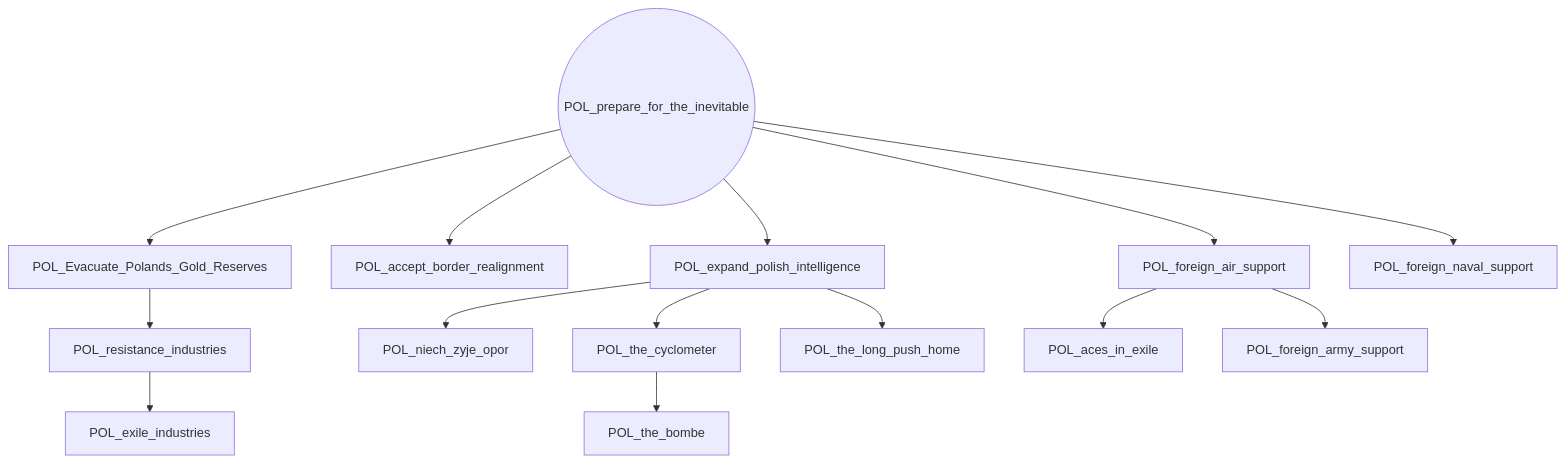
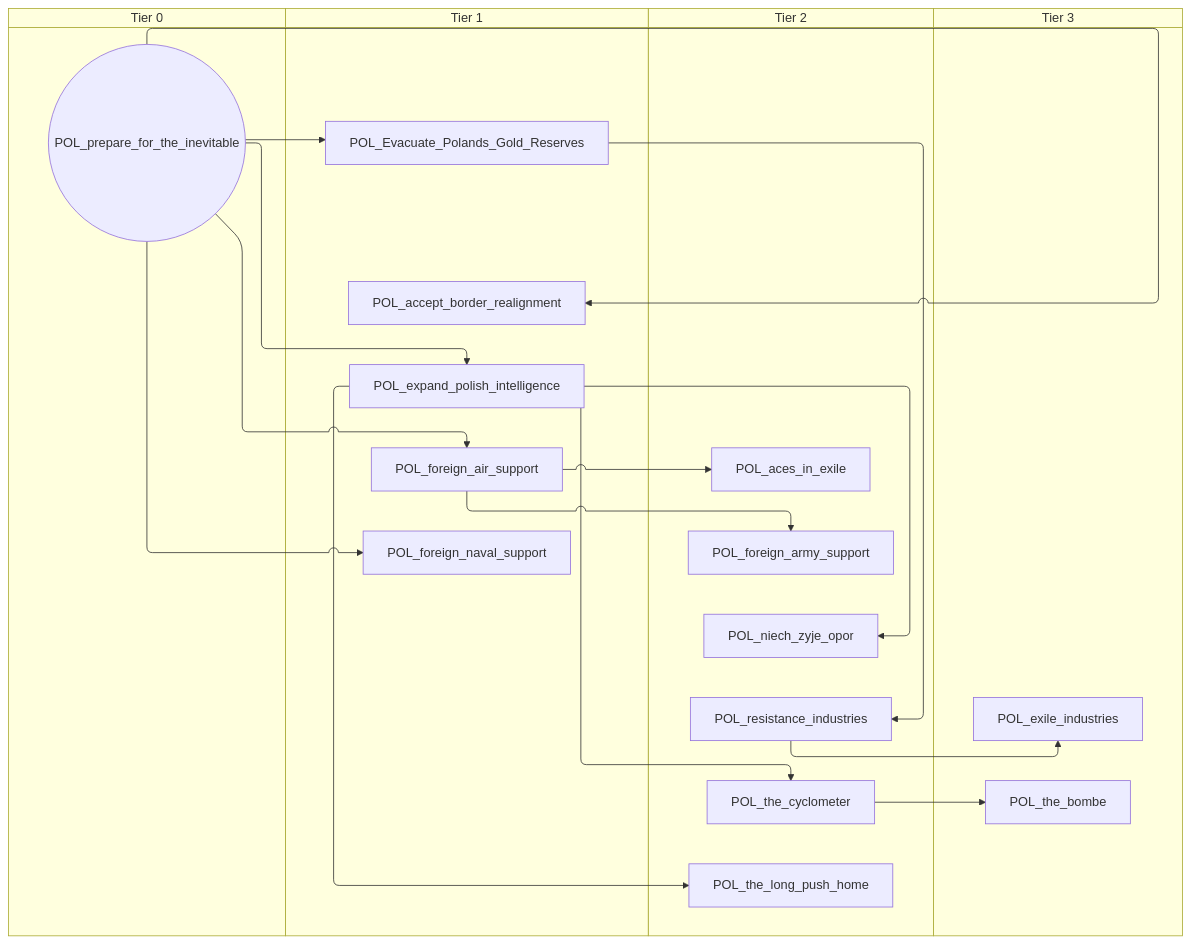
One commit to evgeny-sobol/hoi4-sandbox-mode-r56 changed the sixth of 10 diagrams in docs/gdd/National Focuses/poland.md. Above: the diagram before and after it, drawn with Mermaid. The commit also changed other lines of this file and 423 other files, not shown here.

First line of the commit message:
Re-export Rt56 focus trees as swimlane diagrams

````diff
--- a/docs/gdd/National Focuses/poland.md
+++ b/docs/gdd/National Focuses/poland.md
@@ -600,30 +692,38 @@
 ```mermaid
-flowchart TD
-    n201["POL_Evacuate_Polands_Gold_Reserves"]
-    n202["POL_accept_border_realignment"]
-    n203["POL_aces_in_exile"]
-    n204["POL_exile_industries"]
-    n205["POL_expand_polish_intelligence"]
-    n206["POL_foreign_air_support"]
-    n207["POL_foreign_army_support"]
-    n208["POL_foreign_naval_support"]
-    n209["POL_niech_zyje_opor"]
-    n210(("POL_prepare_for_the_inevitable"))
-    n211["POL_resistance_industries"]
-    n212["POL_the_bombe"]
-    n213["POL_the_cyclometer"]
-    n214["POL_the_long_push_home"]
-    n210 --> n201
-    n210 --> n202
-    n206 --> n203
-    n211 --> n204
-    n210 --> n205
-    n210 --> n206
-    n206 --> n207
-    n210 --> n208
-    n205 --> n209
-    n201 --> n211
-    n213 --> n212
-    n205 --> n213
-    n205 --> n214
+swimlane-beta TD
+    subgraph tier_0["Tier 0"]
+        n201(("POL_prepare_for_the_inevitable"))
+    end
+    subgraph tier_1["Tier 1"]
+        n202["POL_Evacuate_Polands_Gold_Reserves"]
+        n203["POL_accept_border_realignment"]
+        n204["POL_expand_polish_intelligence"]
+        n205["POL_foreign_air_support"]
+        n206["POL_foreign_naval_support"]
+    end
+    subgraph tier_2["Tier 2"]
+        n207["POL_aces_in_exile"]
+        n208["POL_foreign_army_support"]
+        n209["POL_niech_zyje_opor"]
+        n210["POL_resistance_industries"]
+        n211["POL_the_cyclometer"]
+        n212["POL_the_long_push_home"]
+    end
+    subgraph tier_3["Tier 3"]
+        n213["POL_exile_industries"]
+        n214["POL_the_bombe"]
+    end
+    n201 --> n202
+    n201 --> n203
+    n205 --> n207
+    n210 --> n213
+    n201 --> n204
+    n201 --> n205
+    n205 --> n208
+    n201 --> n206
+    n204 --> n209
+    n202 --> n210
+    n211 --> n214
+    n204 --> n211
+    n204 --> n212
 ```
````
